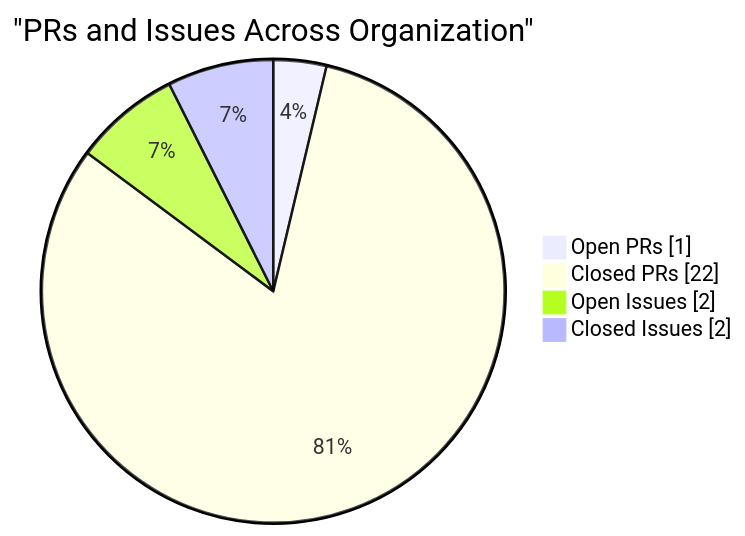
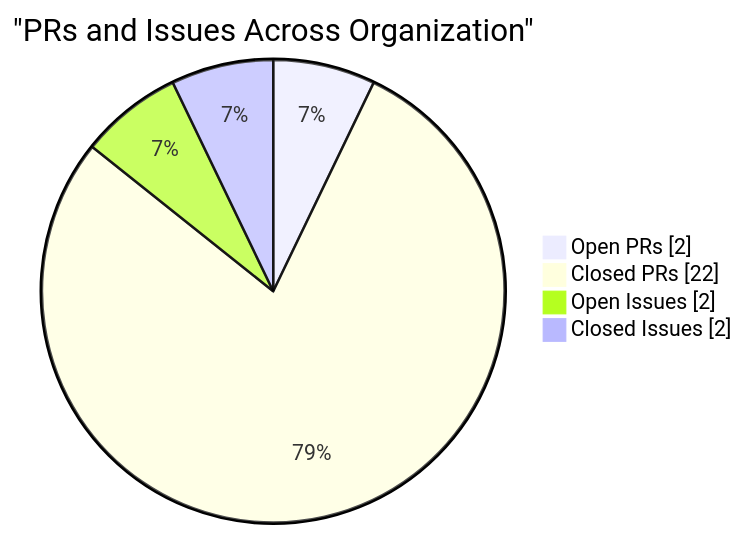
Before and after one commit to CSTH-Projects/.github: the fourth of 4 diagrams in profile/README.md, drawn with Mermaid. The commit also changed other lines of this file, not shown here.

````diff
--- a/profile/README.md
+++ b/profile/README.md
@@ -100,8 +100,8 @@
 ```mermaid
 pie showData
     title "PRs and Issues Across Organization"
-    "Open PRs" : 1
+    "Open PRs" : 2
     "Closed PRs" : 22
     "Open Issues" : 2
     "Closed Issues" : 2
 ```
````
